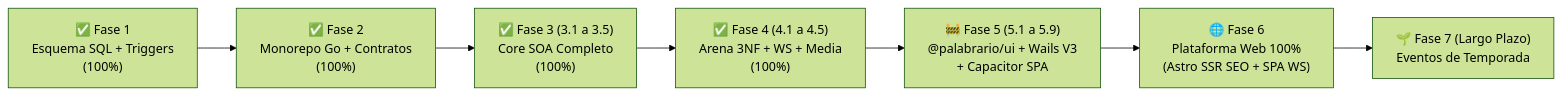
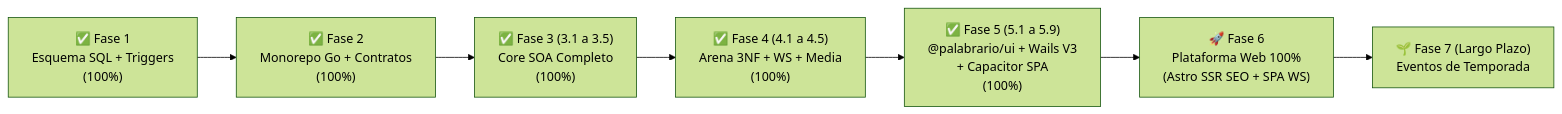
One commit to OGShawnLee/palabrario changed the first of 2 diagrams in .context/PLAN.md. Above: the diagram before and after it, drawn with Mermaid (forest theme). The commit also changed other lines of this file and 7 other files, not shown here.

````diff
--- a/.context/PLAN.md
+++ b/.context/PLAN.md
@@ -25,9 +25,9 @@
 ```mermaid
 flowchart LR
     F1["✅ Fase 1\nEsquema SQL + Triggers\n(100%)"] --> F2["✅ Fase 2\nMonorepo Go + Contratos\n(100%)"]
     F2 --> F3["✅ Fase 3 (3.1 a 3.5)\nCore SOA Completo\n(100%)"]
     F3 --> F4["✅ Fase 4 (4.1 a 4.5)\nArena 3NF + WS + Media\n(100%)"]
-    F4 --> F5["🚧 Fase 5 (5.1 a 5.9)\n@palabrario/ui + Wails V3\n+ Capacitor SPA"]
-    F5 --> F6["🌐 Fase 6\nPlataforma Web 100%\n(Astro SSR SEO + SPA WS)"]
+    F4 --> F5["✅ Fase 5 (5.1 a 5.9)\n@palabrario/ui + Wails V3\n+ Capacitor SPA\n(100%)"]
+    F5 --> F6["🚀 Fase 6\nPlataforma Web 100%\n(Astro SSR SEO + SPA WS)"]
     F6 --> F7["🌱 Fase 7 (Largo Plazo)\nEventos de Temporada"]
 ```
````
